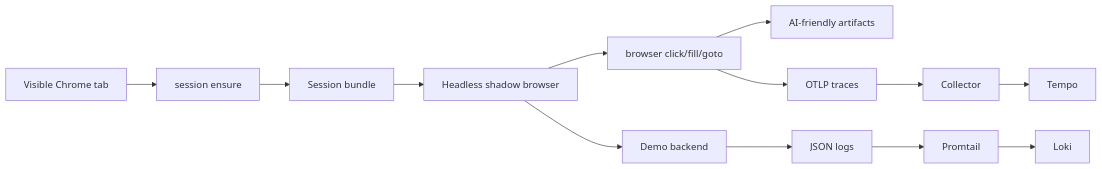
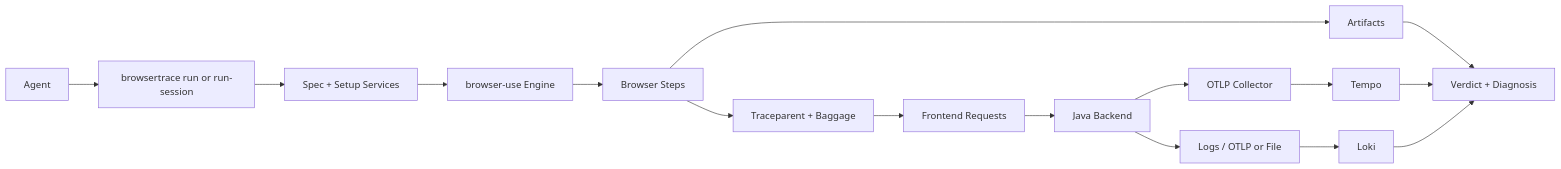
Before and after one commit to lotosli/BrowserTrace-Harness: the diagram in docs/architecture.md, drawn with Mermaid. The commit also changed other lines of this file and 8 other files, not shown here.

````diff
--- a/docs/architecture.md
+++ b/docs/architecture.md
@@ -14,15 +15,18 @@
 ```mermaid
 flowchart LR
-  A["Visible Chrome tab"] --> B["session ensure"]
-  B --> C["Session bundle"]
-  C --> D["Headless shadow browser"]
-  D --> E["browser click/fill/goto"]
-  E --> F["AI-friendly artifacts"]
-  E --> G["OTLP traces"]
-  G --> H["Collector"]
-  H --> I["Tempo"]
-  D --> J["Demo backend"]
-  J --> K["JSON logs"]
-  K --> L["Promtail"]
+  A["Agent"] --> B["browsertrace run or run-session"]
+  B --> C["Spec + Setup Services"]
+  C --> D["browser-use Engine"]
+  D --> E["Browser Steps"]
+  E --> F["Artifacts"]
+  E --> G["Traceparent + Baggage"]
+  G --> H["Frontend Requests"]
+  H --> I["Java Backend"]
+  I --> J["OTLP Collector"]
+  J --> K["Tempo"]
+  I --> L["Logs / OTLP or File"]
   L --> M["Loki"]
+  F --> N["Verdict + Diagnosis"]
+  K --> N
+  M --> N
 ```
````
